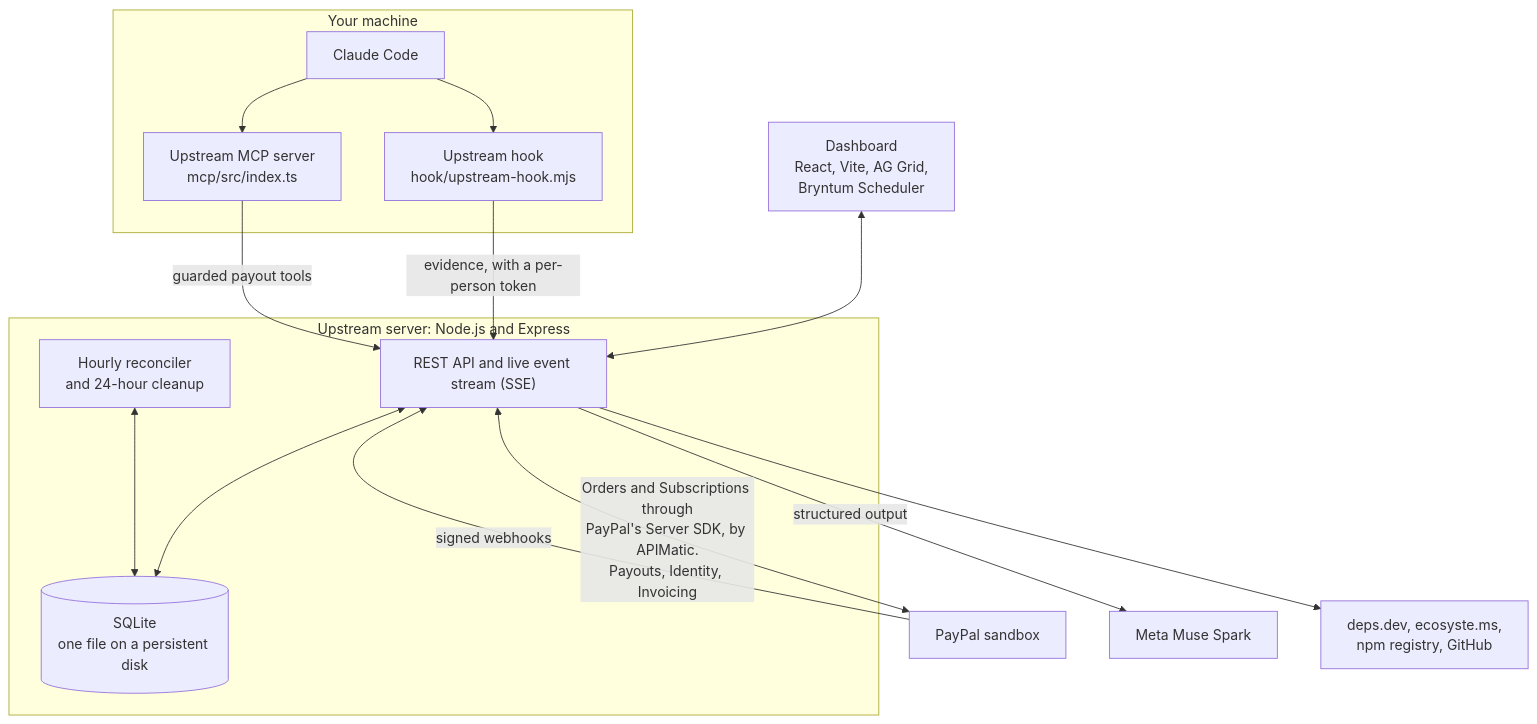
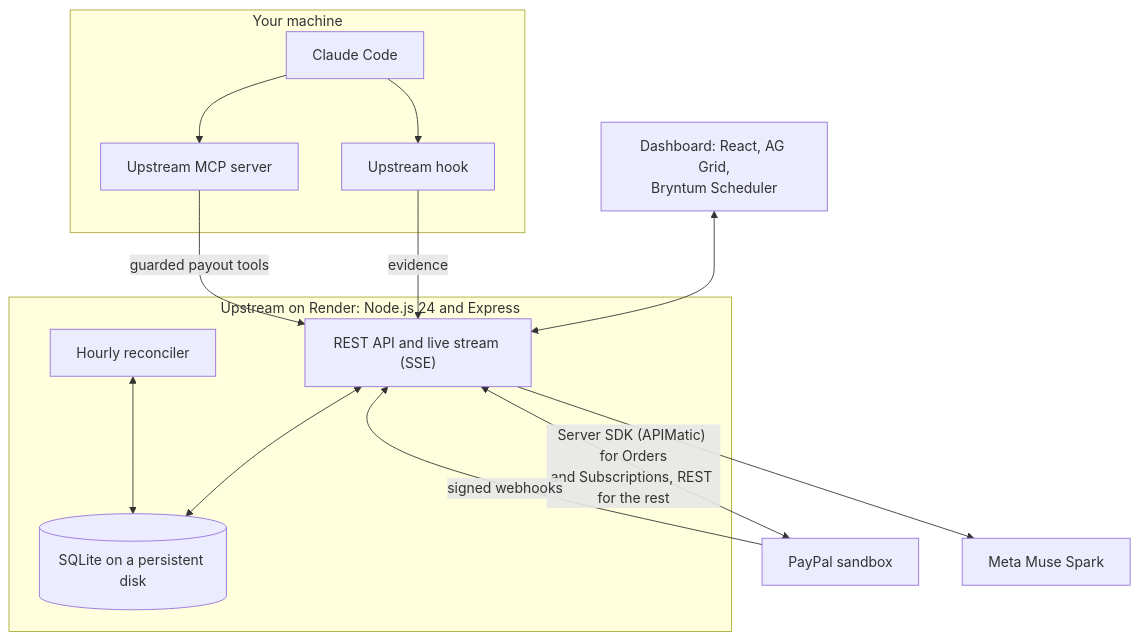
Before and after one commit to PROSTLE/Upstream: the second of 2 diagrams in README.md, drawn with Mermaid. The commit also changed other lines of this file, not shown here.

````diff
--- a/README.md
+++ b/README.md
@@ -285,21 +175,20 @@
 ```mermaid
 flowchart TB
     subgraph Dev["Your machine"]
-        CC["Claude Code"] --> HK["Upstream hook<br/>hook/upstream-hook.mjs"]
-        CC --> MCP["Upstream MCP server<br/>mcp/src/index.ts"]
+        CC["Claude Code"] --> HK["Upstream hook"]
+        CC --> MCP["Upstream MCP server"]
     end
-    subgraph Srv["Upstream server: Node.js and Express"]
-        API["REST API and live event stream (SSE)"]
-        DB[("SQLite<br/>one file on a persistent disk")]
-        JOBS["Hourly reconciler<br/>and 24-hour cleanup"]
+    subgraph Srv["Upstream on Render: Node.js 24 and Express"]
+        API["REST API and live stream (SSE)"]
+        DB[("SQLite on a persistent disk")]
+        JOBS["Hourly reconciler"]
     end
-    WEB["Dashboard<br/>React, Vite, AG Grid,<br/>Bryntum Scheduler"] <--> API
-    HK -->|evidence, with a per-person token| API
+    WEB["Dashboard: React, AG Grid,<br/>Bryntum Scheduler"] <--> API
+    HK -->|evidence| API
     MCP -->|guarded payout tools| API
     API <--> DB
     JOBS <--> DB
-    API <-->|"Orders and Subscriptions through<br/>PayPal's Server SDK, by APIMatic.<br/>Payouts, Identity, Invoicing"| PP["PayPal sandbox"]
+    API <-->|"Server SDK (APIMatic) for Orders<br/>and Subscriptions, REST for the rest"| PP["PayPal sandbox"]
     PP -->|signed webhooks| API
-    API -->|structured output| MUSE["Meta Muse Spark"]
-    API --> REG["deps.dev, ecosyste.ms,<br/>npm registry, GitHub"]
+    API --> MUSE["Meta Muse Spark"]
 ```
````
